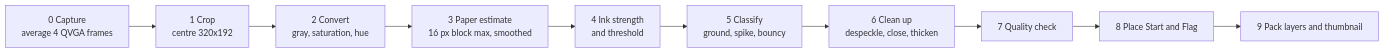
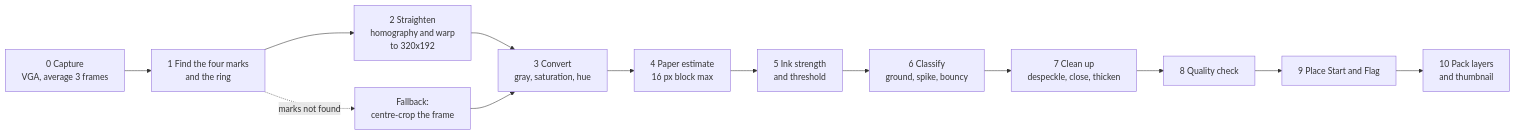
The third of 3 diagrams in docs/system-design.md (ambikc/scribble), drawn with Mermaid before and after one commit. The commit also changed other lines of this file and 5 other files, not shown here.

First line of the commit message:
Add stand-up capture flow, A4 level template and calibration check

````diff
--- a/docs/system-design.md
+++ b/docs/system-design.md
@@ -318,12 +375,15 @@
 ```mermaid
 flowchart LR
-    A["0 Capture<br/>average 4 QVGA frames"] --> B["1 Crop<br/>centre 320x192"]
-    B --> C["2 Convert<br/>gray, saturation, hue"]
-    C --> D["3 Paper estimate<br/>16 px block max, smoothed"]
-    D --> E["4 Ink strength<br/>and threshold"]
-    E --> F["5 Classify<br/>ground, spike, bouncy"]
-    F --> G["6 Clean up<br/>despeckle, close, thicken"]
-    G --> H["7 Quality check"]
-    H --> I["8 Place Start and Flag"]
-    I --> J["9 Pack layers and thumbnail"]
+    A["0 Capture<br/>VGA, average 3 frames"] --> B["1 Find the four marks<br/>and the ring"]
+    B --> C["2 Straighten<br/>homography and warp<br/>to 320x192"]
+    C --> D["3 Convert<br/>gray, saturation, hue"]
+    D --> E["4 Paper estimate<br/>16 px block max"]
+    E --> F["5 Ink strength<br/>and threshold"]
+    F --> G["6 Classify<br/>ground, spike, bouncy"]
+    G --> H["7 Clean up<br/>despeckle, close, thicken"]
+    H --> I["8 Quality check"]
+    I --> J["9 Place Start and Flag"]
+    J --> K["10 Pack layers<br/>and thumbnail"]
+    B -. "marks not found" .-> L["Fallback:<br/>centre-crop the frame"]
+    L --> D
 ```
````
